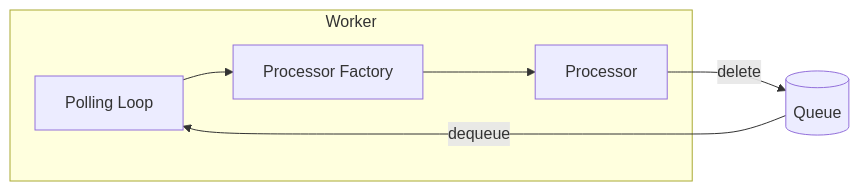
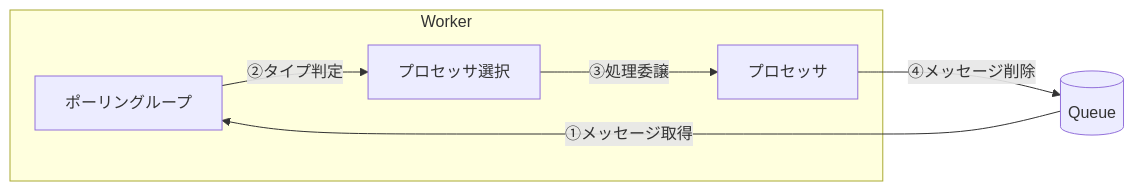
Before and after one commit to sbk0716/azurite-queue-tutorial: the first of 3 diagrams in books/06-worker-impl.md, drawn with Mermaid. The commit also changed other lines of this file and 3 other files, not shown here.

Commit message:
docs: update flowchart

````diff
--- a/books/06-worker-impl.md
+++ b/books/06-worker-impl.md
@@ -12,13 +14,13 @@
 ```mermaid
 flowchart LR
     subgraph Worker
-        PL[Polling Loop]
-        PF[Processor Factory]
-        P[Processor]
+        PL[ポーリングループ]
+        PF[プロセッサ選択]
+        P[プロセッサ]
     end
 
-    Q[(Queue)] -->|dequeue| PL
-    PL --> PF
-    PF --> P
-    P -->|delete| Q
+    Q[(Queue)] -->|①メッセージ取得| PL
+    PL -->|②タイプ判定| PF
+    PF -->|③処理委譲| P
+    P -->|④メッセージ削除| Q
 ```
````
